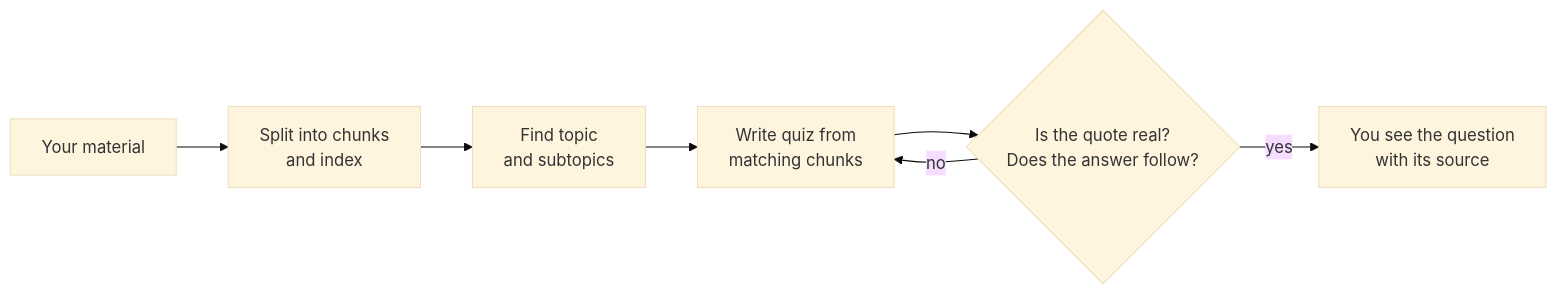
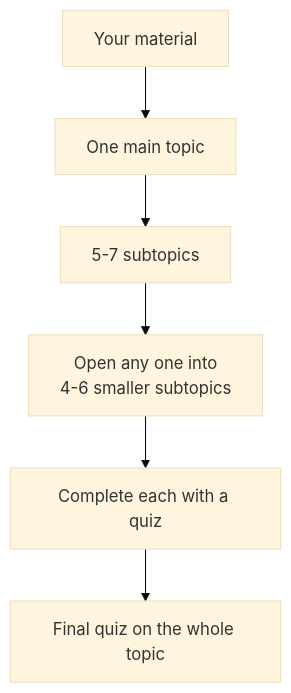
Before and after one commit to avi1coding/Grove: the diagram in README.md, drawn with Mermaid (base theme). The commit also changed other lines of this file, not shown here.

````diff
--- a/README.md
+++ b/README.md
@@ -21,9 +21,8 @@
 ```mermaid
-flowchart LR
-    A[Your material] --> B[Split into chunks<br/>and index]
-    B --> C[Find topic<br/>and subtopics]
-    C --> D[Write quiz from<br/>matching chunks]
-    D --> E{Is the quote real?<br/>Does the answer follow?}
-    E -- no --> D
-    E -- yes --> F[You see the question<br/>with its source]
+flowchart TB
+    A[Your material] --> B[One main topic]
+    B --> C[5-7 subtopics]
+    C --> D[Open any one into<br/>4-6 smaller subtopics]
+    D --> E[Complete each with a quiz]
+    E --> F[Final quiz on the whole topic]
 ```
````
